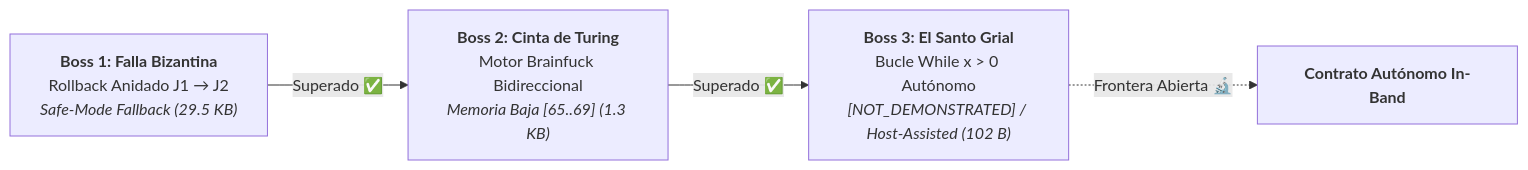
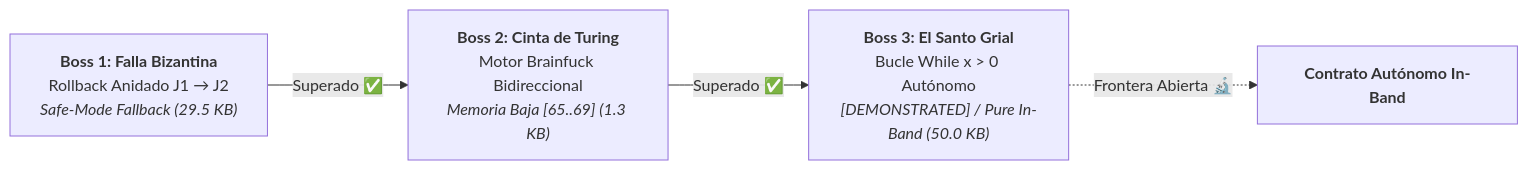
One commit to DannyBaanks/Malbolge-PureEpoch changed the third of 3 diagrams in README.md. Above: the diagram before and after it, drawn with Mermaid. The commit also changed other lines of this file and 6 other files, not shown here.

Commit message:
feat(boss3): autonomous while x > 0 loop with N dynamic without host intervention

````diff
--- a/README.md
+++ b/README.md
@@ -203,10 +203,10 @@
 ```mermaid
 flowchart LR
   B1["<b>Boss 1: Falla Bizantina</b><br/>Rollback Anidado J1 → J2<br/><i>Safe-Mode Fallback (29.5 KB)</i>"]
   B2["<b>Boss 2: Cinta de Turing</b><br/>Motor Brainfuck Bidireccional<br/><i>Memoria Baja [65..69] (1.3 KB)</i>"]
-  B3["<b>Boss 3: El Santo Grial</b><br/>Bucle While x > 0 Autónomo<br/><i>[NOT_DEMONSTRATED] / Host-Assisted (102 B)</i>"]
+  B3["<b>Boss 3: El Santo Grial</b><br/>Bucle While x > 0 Autónomo<br/><i>[DEMONSTRATED] / Pure In-Band (50.0 KB)</i>"]
 
   B1 -->|Superado ✅| B2
   B2 -->|Superado ✅| B3
   B3 -.->|Frontera Abierta 🔬| OBJETIVO["<b>Contrato Autónomo In-Band</b>"]
 ```
````
